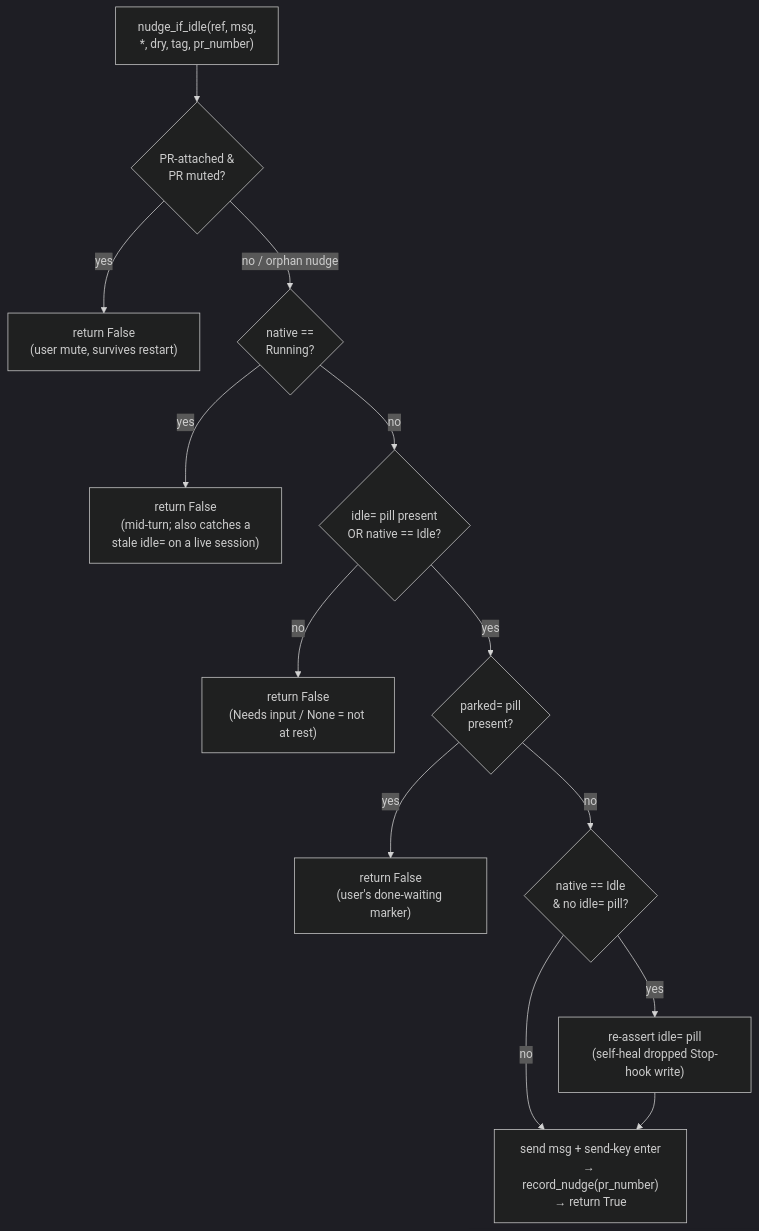
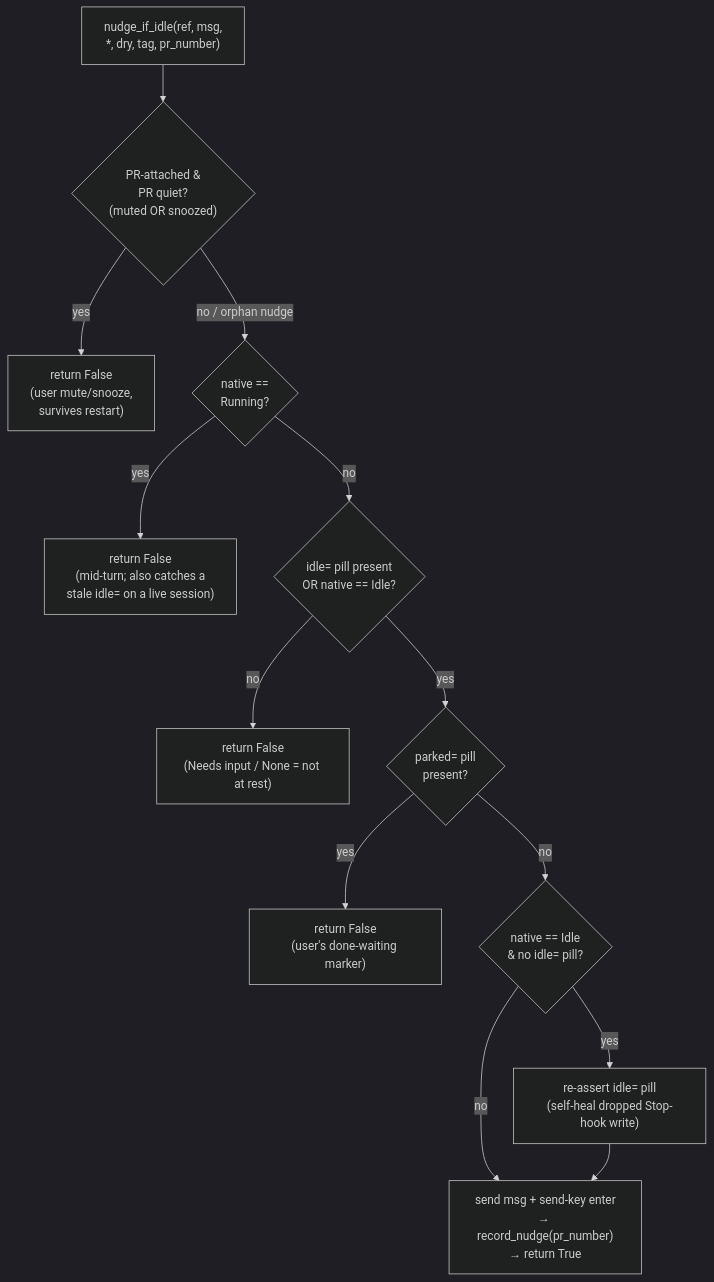
The fourth of 5 diagrams in docs/state-machine.md (khivi/cockpit), drawn with Mermaid (dark theme) before and after one commit. The commit also changed other lines of this file and 15 other files, not shown here.

````diff
--- a/docs/state-machine.md
+++ b/docs/state-machine.md
@@ -275,19 +276,19 @@
 ```mermaid
 flowchart TD
-  IN["nudge_if_idle(ref, msg,<br/>*, dry, tag, pr_number)"] --> G1{"PR-attached &<br/>PR muted?"}
-  G1 -->|yes| F1["return False<br/>(user mute, survives restart)"]
+  IN["nudge_if_idle(ref, msg,<br/>*, dry, tag, pr_number)"] --> G1{"PR-attached &<br/>PR quiet?<br/>(muted OR snoozed)"}
+  G1 -->|yes| F1["return False<br/>(user mute/snooze,<br/>survives restart)"]
   G1 -->|"no / orphan nudge"| G2{"native ==<br/>Running?"}
 
   G2 -->|yes| F2["return False<br/>(mid-turn; also catches a<br/>stale idle= on a live session)"]
   G2 -->|no| G3{"idle= pill present<br/>OR native == Idle?"}
 
   G3 -->|no| F3["return False<br/>(Needs input / None = not at rest)"]
   G3 -->|yes| G4{"parked= pill<br/>present?"}
 
   G4 -->|yes| F4["return False<br/>(user's done-waiting marker)"]
   G4 -->|no| HEAL{"native == Idle<br/>& no idle= pill?"}
 
   HEAL -->|yes| SELFHEAL["re-assert idle= pill<br/>(self-heal dropped Stop-hook write)"]
   HEAL -->|no| FIRE
   SELFHEAL --> FIRE["send msg + send-key enter<br/>→ record_nudge(pr_number)<br/>→ return True"]
 ```
````
